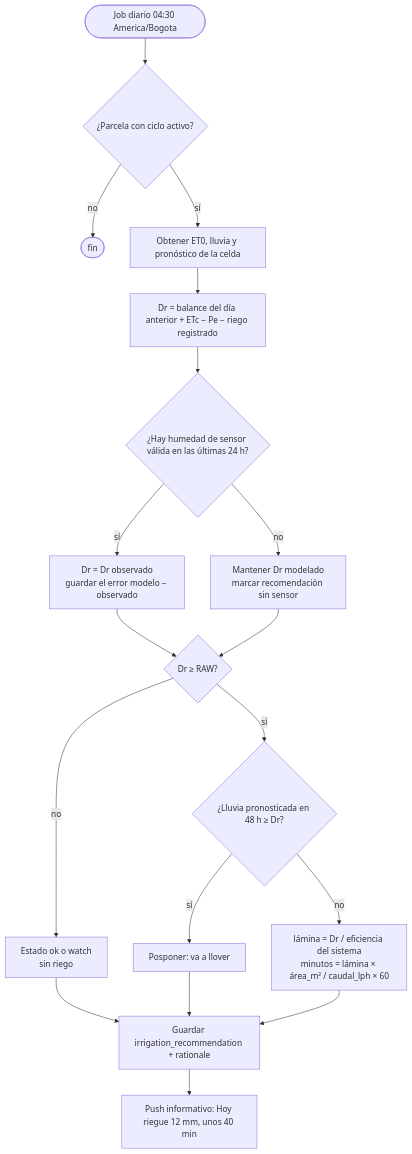
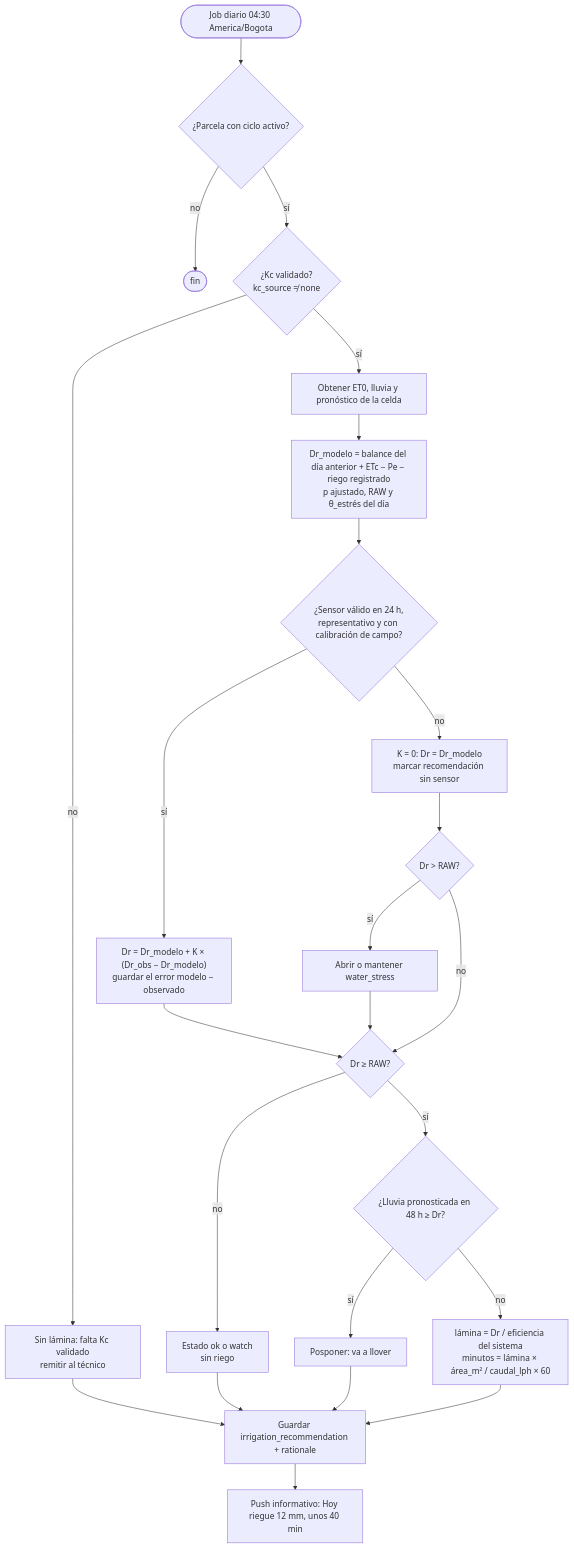
The fifth of 9 diagrams in docs/06-diseno-detallado.md (jab16jy/techcamp-v2), drawn with Mermaid before and after one commit. The commit also changed other lines of this file and 9 other files, not shown here.

Commit message:
docs: define water stress per plot and weight sensor assimilation

````diff
--- a/docs/06-diseno-detallado.md
+++ b/docs/06-diseno-detallado.md
@@ -175,20 +190,26 @@
 ```mermaid
 flowchart TD
   start([Job diario 04:30 America/Bogota]) --> cyc{¿Parcela con ciclo activo?}
   cyc -- no --> fin([fin])
-  cyc -- sí --> et[Obtener ET0, lluvia y pronóstico de la celda]
-  et --> bal[Dr = balance del día anterior + ETc − Pe − riego registrado]
-  bal --> obs{¿Hay humedad de sensor válida en las últimas 24 h?}
-  obs -- sí --> asm[Dr = Dr observado<br/>guardar el error modelo − observado]
-  obs -- no --> keep[Mantener Dr modelado<br/>marcar recomendación sin sensor]
-  asm --> dec
-  keep --> dec{Dr ≥ RAW?}
+  cyc -- sí --> kc{¿Kc validado?<br/>kc_source ≠ none}
+  kc -- no --> nokc[Sin lámina: falta Kc validado<br/>remitir al técnico]
+  kc -- sí --> et[Obtener ET0, lluvia y pronóstico de la celda]
+  et --> bal[Dr_modelo = balance del día anterior + ETc − Pe − riego registrado<br/>p ajustado, RAW y θ_estrés del día]
+  bal --> obs{¿Sensor válido en 24 h,<br/>representativo y con calibración de campo?}
+  obs -- sí --> asm["Dr = Dr_modelo + K × (Dr_obs − Dr_modelo)<br/>guardar el error modelo − observado"]
+  obs -- no --> keep[K = 0: Dr = Dr_modelo<br/>marcar recomendación sin sensor]
+  keep --> ws{Dr > RAW?}
+  ws -- sí --> wsa[Abrir o mantener water_stress]
+  ws -- no --> dec
+  wsa --> dec
+  asm --> dec{Dr ≥ RAW?}
   dec -- no --> ok[Estado ok o watch<br/>sin riego]
   dec -- sí --> rain{¿Lluvia pronosticada en 48 h ≥ Dr?}
   rain -- sí --> wait[Posponer: va a llover]
   rain -- no --> rec[lámina = Dr / eficiencia del sistema<br/>minutos = lámina × área_m² / caudal_lph × 60]
   rec --> save[Guardar irrigation_recommendation + rationale]
   ok --> save
   wait --> save
+  nokc --> save
   save --> notif[Push informativo: Hoy riegue 12 mm, unos 40 min]
 ```
````
